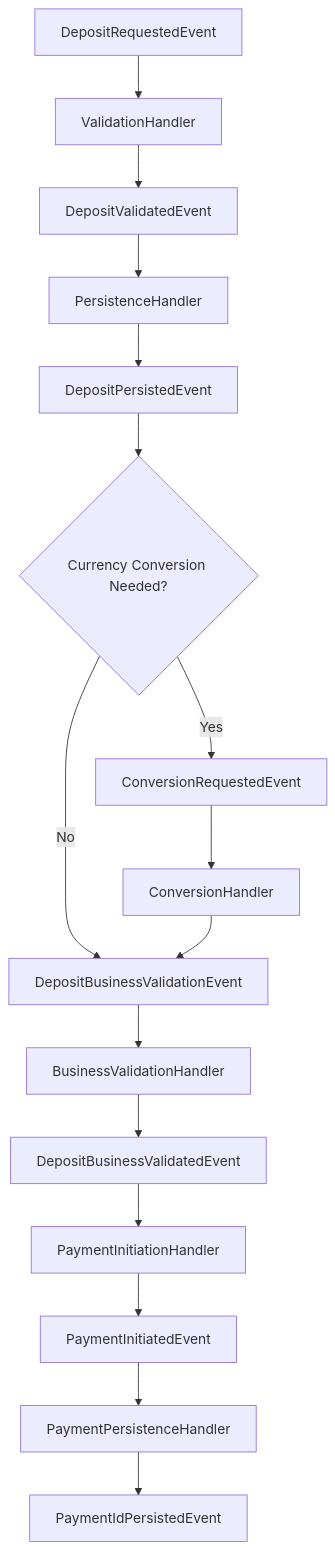
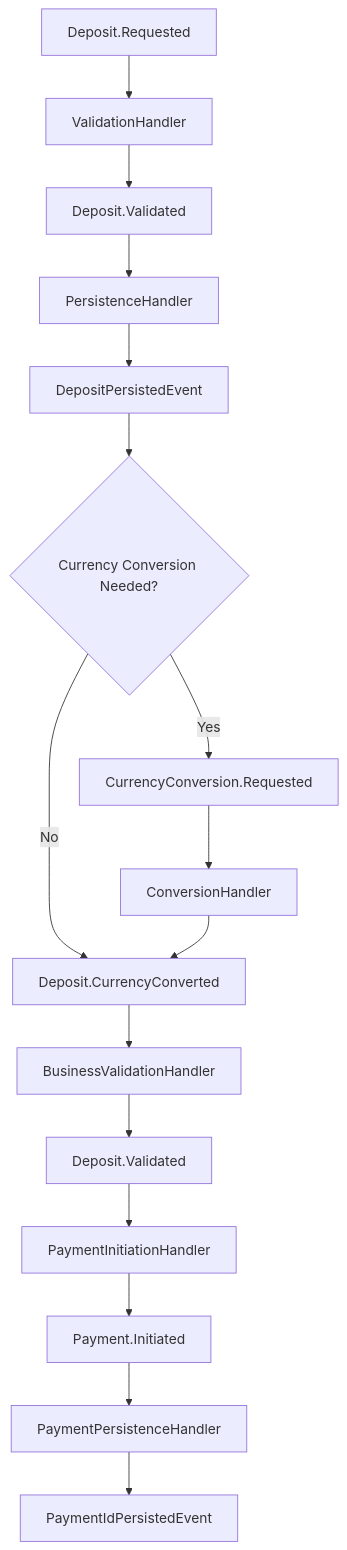
One commit to amirasaad/fintech changed the second of 2 diagrams in docs/refactoring/event-driven-deposit-flow.md. Above: the diagram before and after it, drawn with Mermaid. The commit also changed other lines of this file and 11 other files, not shown here.

````diff
--- a/docs/refactoring/event-driven-deposit-flow.md
+++ b/docs/refactoring/event-driven-deposit-flow.md
@@ -57,18 +57,18 @@
 ```mermaid
 flowchart TD
-    A[DepositRequestedEvent] --> B[ValidationHandler]
-    B --> C[DepositValidatedEvent]
+    A[Deposit.Requested] --> B[ValidationHandler]
+    B --> C[Deposit.Validated]
     C --> D[PersistenceHandler]
     D --> E[DepositPersistedEvent]
     E --> F{Currency Conversion Needed?}
-    F -->|Yes| G[ConversionRequestedEvent]
-    F -->|No| H[DepositBusinessValidationEvent]
+    F -->|Yes| G[CurrencyConversion.Requested]
+    F -->|No| H[Deposit.CurrencyConverted]
     G --> I[ConversionHandler]
     I --> H
     H --> J[BusinessValidationHandler]
-    J --> K[DepositBusinessValidatedEvent]
+    J --> K[Deposit.Validated]
     K --> L[PaymentInitiationHandler]
-    L --> M[PaymentInitiatedEvent]
+    L --> M[Payment.Initiated]
     M --> N[PaymentPersistenceHandler]
     N --> O[PaymentIdPersistedEvent]
 ```
````
